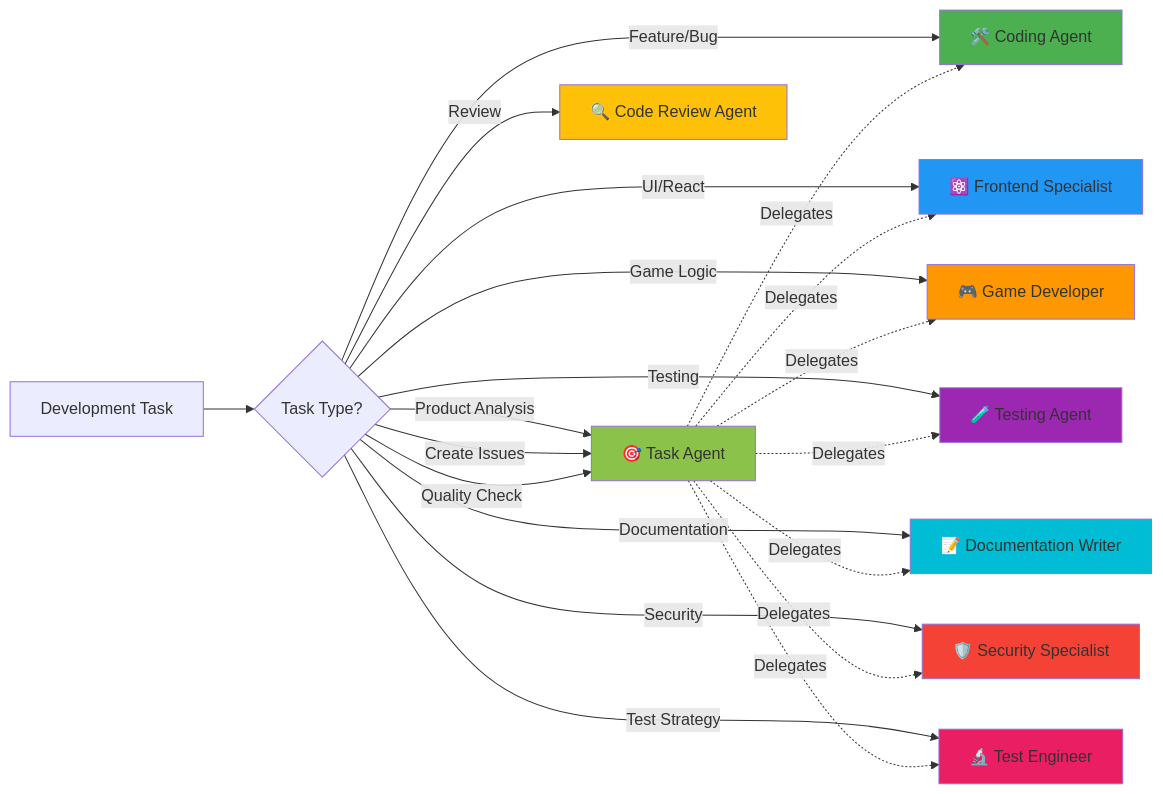
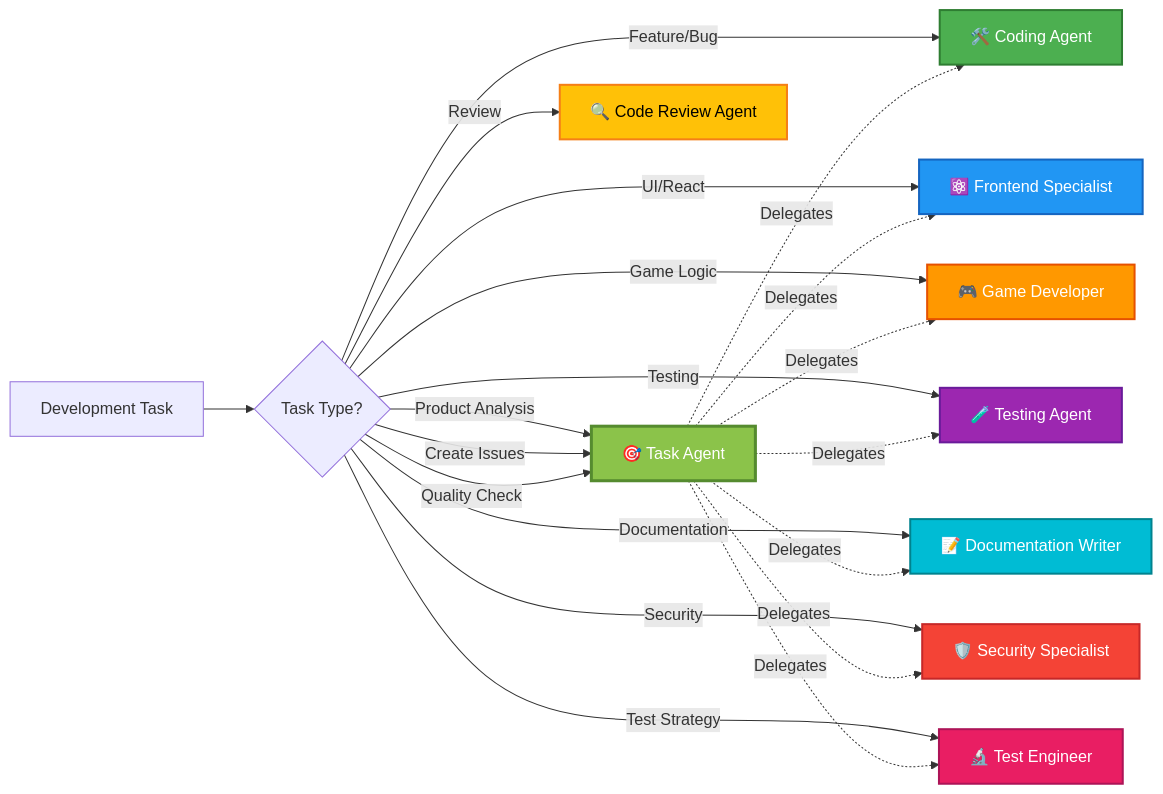
Before and after one commit to Hack23/blacktrigram: the first of 4 diagrams in .github/agents/README.md, drawn with Mermaid. The commit also changed other lines of this file, not shown here.

Commit message:
Enhance agents README with improved Mermaid diagrams and architecture overview

````diff
--- a/.github/agents/README.md
+++ b/.github/agents/README.md
@@ -11,33 +40,33 @@
 ```mermaid
 graph LR
     A[Development Task] --> B{Task Type?}
     B -->|Product Analysis| K[🎯 Task Agent]
     B -->|Create Issues| K
     B -->|Quality Check| K
     B -->|Feature/Bug| C[🛠️ Coding Agent]
     B -->|UI/React| D[⚛️ Frontend Specialist]
     B -->|Game Logic| E[🎮 Game Developer]
     B -->|Testing| F[🧪 Testing Agent]
     B -->|Documentation| G[📝 Documentation Writer]
     B -->|Security| H[🛡️ Security Specialist]
     B -->|Review| I[🔍 Code Review Agent]
     B -->|Test Strategy| J[🔬 Test Engineer]
     
     K -.Delegates.-> C
     K -.Delegates.-> D
     K -.Delegates.-> E
     K -.Delegates.-> F
     K -.Delegates.-> G
     K -.Delegates.-> H
     K -.Delegates.-> J
     
-    style K fill:#8BC34A
-    style C fill:#4CAF50
-    style D fill:#2196F3
-    style E fill:#FF9800
-    style F fill:#9C27B0
-    style G fill:#00BCD4
-    style H fill:#F44336
-    style I fill:#FFC107
-    style J fill:#E91E63
+    style K fill:#8BC34A,stroke:#558B2F,stroke-width:3px,color:#fff
+    style C fill:#4CAF50,stroke:#2E7D32,stroke-width:2px,color:#fff
+    style D fill:#2196F3,stroke:#1565C0,stroke-width:2px,color:#fff
+    style E fill:#FF9800,stroke:#E65100,stroke-width:2px,color:#fff
+    style F fill:#9C27B0,stroke:#6A1B9A,stroke-width:2px,color:#fff
+    style G fill:#00BCD4,stroke:#00838F,stroke-width:2px,color:#fff
+    style H fill:#F44336,stroke:#C62828,stroke-width:2px,color:#fff
+    style I fill:#FFC107,stroke:#F57F17,stroke-width:2px,color:#000
+    style J fill:#E91E63,stroke:#AD1457,stroke-width:2px,color:#fff
 ```
````
